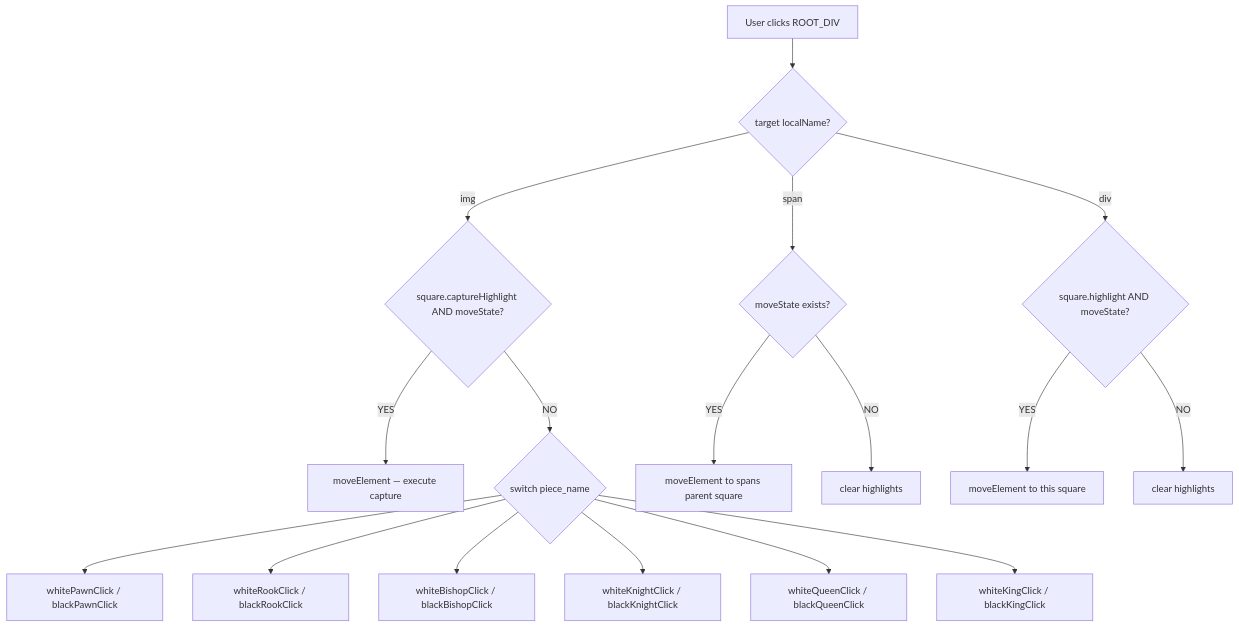
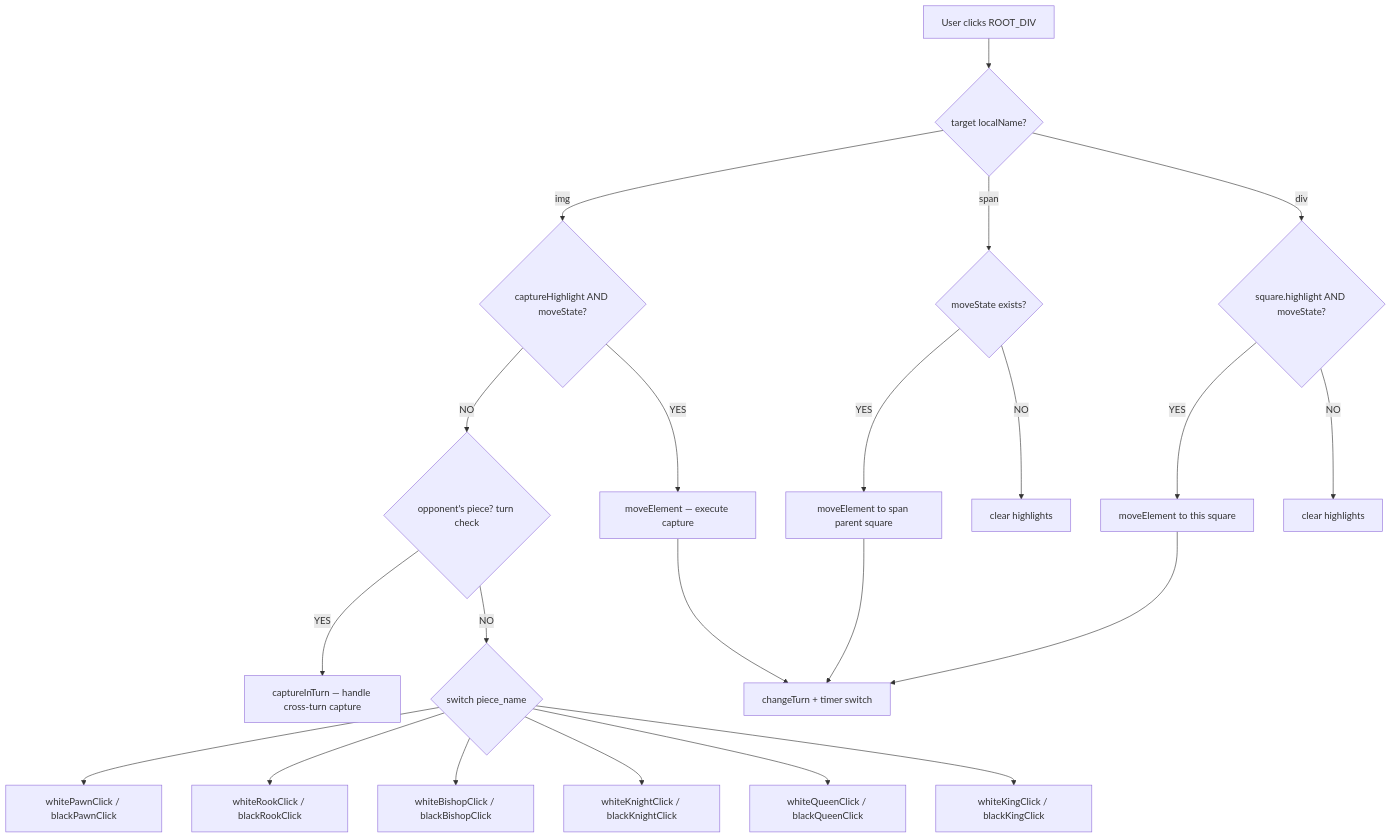
Before and after one commit to sharmaa-abhi/ChessCode: the third of 4 diagrams in Md_file/Design_Architecture.md, drawn with Mermaid. The commit also changed other lines of this file and 18 other files, not shown here.

````diff
--- a/Md_file/Design_Architecture.md
+++ b/Md_file/Design_Architecture.md
@@ -100,23 +124,30 @@
 ```mermaid
 flowchart TD
     A[User clicks ROOT_DIV] --> B{target localName?}
 
-    B -- img --> C{square.captureHighlight AND moveState?}
+    B -- img --> C{captureHighlight AND moveState?}
     C -- YES --> D[moveElement — execute capture]
-    C -- NO --> E{switch piece_name}
+    C -- NO --> E{opponent's piece? turn check}
+    E -- YES --> F[captureInTurn — handle cross-turn capture]
+    E -- NO --> G{switch piece_name}
 
-    E --> F[whitePawnClick / blackPawnClick]
-    E --> G[whiteRookClick / blackRookClick]
-    E --> H[whiteBishopClick / blackBishopClick]
-    E --> I[whiteKnightClick / blackKnightClick]
-    E --> J[whiteQueenClick / blackQueenClick]
-    E --> K[whiteKingClick / blackKingClick]
+    G --> H[whitePawnClick / blackPawnClick]
+    G --> I[whiteRookClick / blackRookClick]
+    G --> J[whiteBishopClick / blackBishopClick]
+    G --> K[whiteKnightClick / blackKnightClick]
+    G --> L[whiteQueenClick / blackQueenClick]
+    G --> M[whiteKingClick / blackKingClick]
 
-    B -- span --> L{moveState exists?}
-    L -- YES --> M[moveElement to spans parent square]
-    L -- NO --> N[clear highlights]
+    D --> N[changeTurn + timer switch]
 
-    B -- div --> O{square.highlight AND moveState?}
-    O -- YES --> P[moveElement to this square]
+    B -- span --> O{moveState exists?}
+    O -- YES --> P[moveElement to span parent square]
     O -- NO --> Q[clear highlights]
+
+    B -- div --> R{square.highlight AND moveState?}
+    R -- YES --> S[moveElement to this square]
+    R -- NO --> T[clear highlights]
+
+    P --> N
+    S --> N
 ```
````
